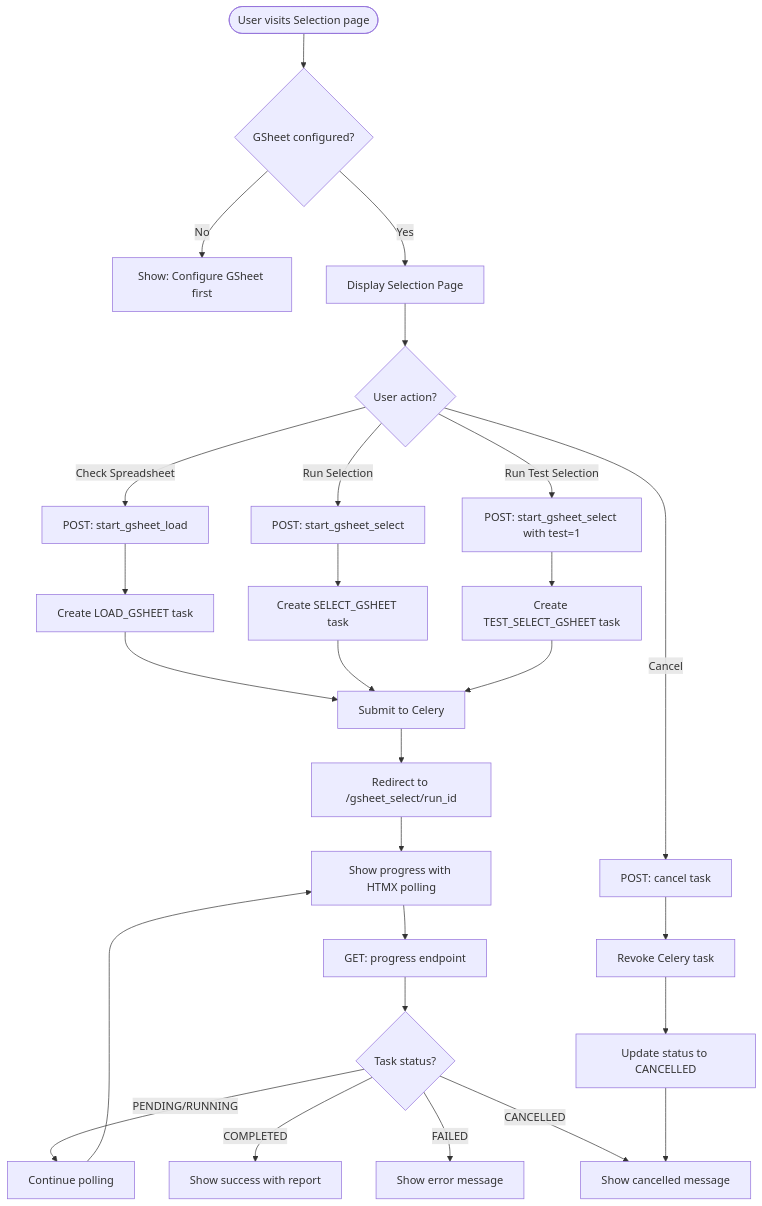
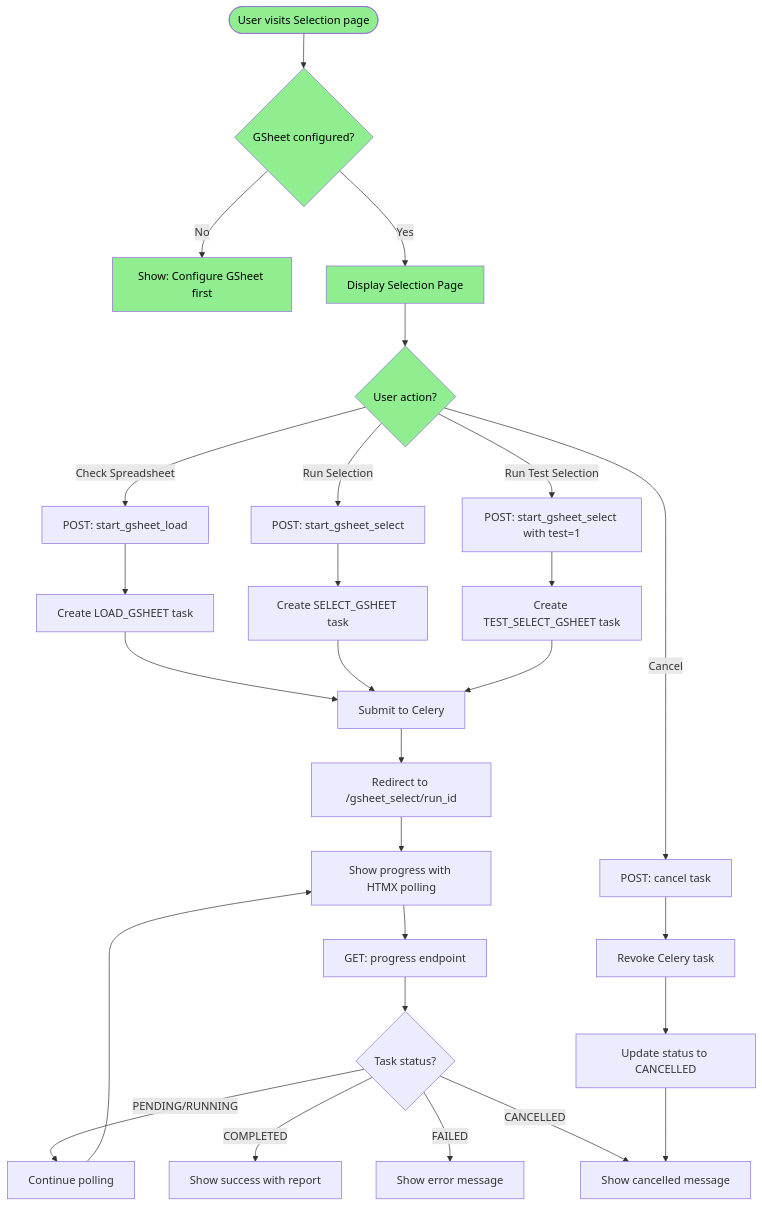
One commit to sortitionfoundation/opendlp changed the first of 3 diagrams in backend/docs/agent/selection-tab-spec.md. Above: the diagram before and after it, drawn with Mermaid. The commit also changed other lines of this file and 9 other files, not shown here.

First line of the commit message:
Add Selection tab to backoffice (Phase 1)

````diff
--- a/backend/docs/agent/selection-tab-spec.md
+++ b/backend/docs/agent/selection-tab-spec.md
@@ -121,40 +121,47 @@
 ```mermaid
 flowchart TD
     Start([User visits Selection page]) --> CheckGSheet{GSheet configured?}
 
     CheckGSheet -->|No| ShowNoConfig[Show: Configure GSheet first]
     CheckGSheet -->|Yes| ShowSelectionPage[Display Selection Page]
 
     ShowSelectionPage --> UserAction{User action?}
 
     UserAction -->|Check Spreadsheet| StartLoad[POST: start_gsheet_load]
     UserAction -->|Run Selection| StartSelect[POST: start_gsheet_select]
     UserAction -->|Run Test Selection| StartTestSelect[POST: start_gsheet_select with test=1]
     UserAction -->|Cancel| CancelTask[POST: cancel task]
 
     StartLoad --> CreateLoadTask[Create LOAD_GSHEET task]
     StartSelect --> CreateSelectTask[Create SELECT_GSHEET task]
     StartTestSelect --> CreateTestTask[Create TEST_SELECT_GSHEET task]
 
     CreateLoadTask --> SubmitCelery[Submit to Celery]
     CreateSelectTask --> SubmitCelery
     CreateTestTask --> SubmitCelery
 
     SubmitCelery --> RedirectWithRunId[Redirect to /gsheet_select/run_id]
 
     RedirectWithRunId --> ShowProgress[Show progress with HTMX polling]
 
     ShowProgress --> PollProgress[GET: progress endpoint]
     PollProgress --> CheckStatus{Task status?}
 
     CheckStatus -->|PENDING/RUNNING| ContinuePolling[Continue polling]
     ContinuePolling --> ShowProgress
 
     CheckStatus -->|COMPLETED| ShowSuccess[Show success with report]
     CheckStatus -->|FAILED| ShowError[Show error message]
     CheckStatus -->|CANCELLED| ShowCancelled[Show cancelled message]
 
     CancelTask --> RevokeTask[Revoke Celery task]
     RevokeTask --> UpdateStatus[Update status to CANCELLED]
     UpdateStatus --> ShowCancelled
+
+    %% Phase 1 Complete: Basic page structure
+    style Start fill:#90EE90,color:#000000
+    style CheckGSheet fill:#90EE90,color:#000000
+    style ShowNoConfig fill:#90EE90,color:#000000
+    style ShowSelectionPage fill:#90EE90,color:#000000
+    style UserAction fill:#90EE90,color:#000000
 ```
````
